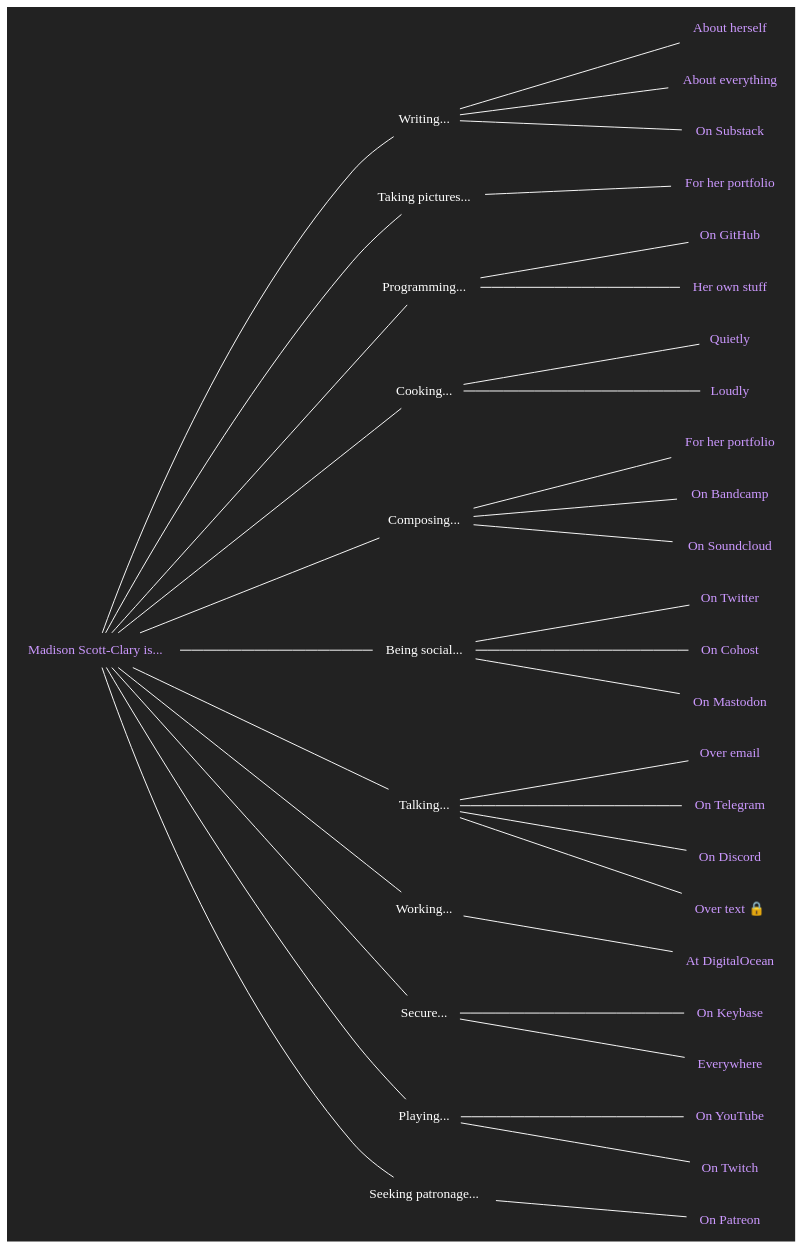
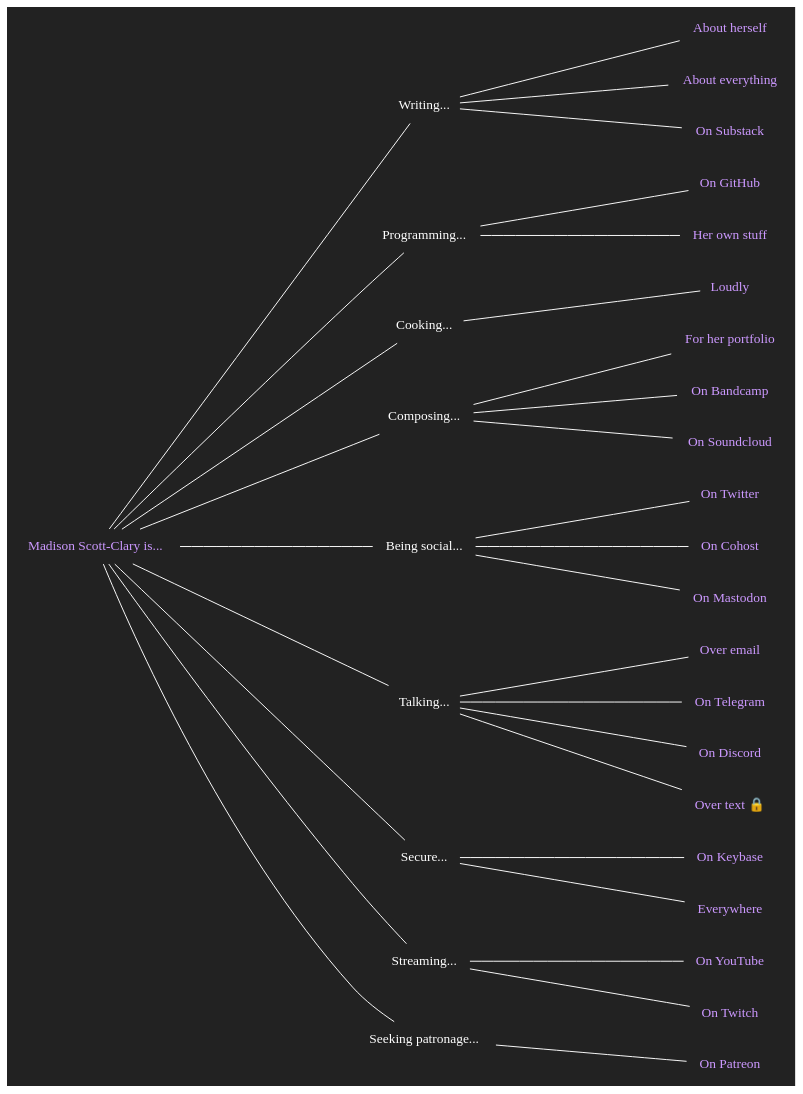
One commit to makyo/makyo.is changed the diagram in is.dot. Above: the diagram before and after it, drawn with Graphviz. The commit also changed 4 other files, not shown here.

```diff
--- a/is.dot
+++ b/is.dot
@@ -1,74 +1,73 @@
 graph is {
     node[shape="none",fontcolor="#ffffff",color="#ffffff",fontname="Helvetica bold"]
     edge[color="#ffffff"]
     graph[bgcolor="#222222",label="",margin="0",rankdir="LR",ranksep=2.5]
 
     copula [label="Madison Scott-Clary is...",fontcolor="#cc99ff",href="https://drab-makyo.com"]
 
     writing [label="Writing..."]
     /* writing_anything [label="Anything",fontcolor="#cc99ff",href="https://writing.drab-makyo.com"] 
      */
     writing_ally [label="About herself",fontcolor="#cc99ff",href="https://ally.id"]
     writing_portfolio [label="About everything",fontcolor="#cc99ff",href="https://makyo.ink"]
     writing_substack [label="On Substack",fontcolor="#cc99ff",href="https://makyo.substack.com"]
     copula -- writing -- { /* writing_anything, */ writing_ally, writing_portfolio, writing_substack }
 
-    photography [label="Taking pictures..."]
-    /* photography_flickr [label="On Flickr",fontcolor="#cc99ff",href="https://flickr.com/photos/ranna"]
-     */
+    /*photography [label="Taking pictures..."]
+    photography_flickr [label="On Flickr",fontcolor="#cc99ff",href="https://flickr.com/photos/ranna"]
     photography_portfolio [label="For her portfolio",fontcolor="#cc99ff",href="https://makyo.photography"]
-    copula -- photography -- { /*photography_flickr,*/ photography_portfolio }
+    copula -- photography -- { photography_flickr, photography_portfolio }*/
 
     programming [label="Programming..."]
     programming_github [label="On GitHub",fontcolor="#cc99ff",href="https://github.com/makyo"]
     /* programming_launchpad [label="On Launchpad",fontcolor="#cc99ff",href="https://launchpad.net/~makyo"]
      */
     programming_personal [label="Her own stuff",fontcolor="#cc99ff",href="https://makyo.dev"]
     copula -- programming -- { programming_github, /*programming_launchpad,*/ programming_personal }
 
     cooking [label="Cooking..."]
-    cooking_quietly [label="Quietly",fontcolor="#cc99ff",href="https://makyo.cooking"]
-    cooking_loudly [label="Loudly",fontcolor="#cc99ff",href="https://mealtime.with.maddypa.ws"]
-    copula -- cooking -- { cooking_quietly, cooking_loudly }
+    /*cooking_quietly [label="Quietly",fontcolor="#cc99ff",href="https://makyo.cooking"]
+     */
+    cooking_loudly [label="Loudly",fontcolor="#cc99ff",href="https://twitter.com/loudfood"]
+    copula -- cooking -- { /*cooking_quietly,*/ cooking_loudly }
 
     composing [label="Composing..."]
     composing_portfolio [label="For her portfolio",fontcolor="#cc99ff",href="https://sounds.drab-makyo.com"]
     composing_bandcamp [label="On Bandcamp",fontcolor="#cc99ff",href="https://drab-makyo.bandcamp.com"]
     composing_soundcloud [label="On Soundcloud",fontcolor="#cc99ff",href="https://soundcloud.com/drabmakyo"]
     copula -- composing -- { composing_portfolio, composing_bandcamp, composing_soundcloud }
 
     social [label="Being social..."]
     social_twitter [label="On Twitter",fontcolor="#cc99ff",href="https://twitter.com/makyo_writes"]
     social_cohost [label="On Cohost",fontcolor="#cc99ff",href="https://cohost.org/makyo"]
     social_mastodon [label="On Mastodon",fontcolor="#cc99ff",href="https://writing.exchange/@makyo"]
     copula -- social -- { social_twitter, social_mastodon, social_cohost }
 
     talking [label="Talking..."]
     talking_email [label="Over email",fontcolor="#cc99ff",href="mailto:makyo@drab-makyo.com"]
     talking_telegram [label="On Telegram",fontcolor="#cc99ff",href="https://t.me/DrabMakyo"]
-    talking_discord [label="On Discord",fontcolor="#cc99ff",href="/discord",title="Makyo#7093"]
+    talking_discord [label="On Discord",fontcolor="#cc99ff",href="https://discord.com/users/Makyo#7093",title="Makyo#7093"]
     /*talking_matrix [label="On Matrix",fontcolor="#cc99ff",href="https://matrix.to/#/@makyo:drab-makyo.com"]
     talking_wire [label="On Wire",fontcolor="#cc99ff",href="/wire",title="@makyo"]*/
     talking_phone [label="Over text 🔒 ",fontcolor="#cc99ff",href="tel:3038185943"]
     copula -- talking -- { talking_email, talking_telegram, talking_discord, talking_phone /*, talking_matrix, talking_wire*/ }
 
-    working [label="Working..."]
+    /*working [label="Working..."]
     working_digitalocean [label="At DigitalOcean",fontcolor="#cc99ff",href="https://digitalocean.com"]
-    /* working_hybrid [label="At Hybrid Ink, LLC",fontcolor="#cc99ff",href="https://hybrid.ink"] 
-     */
-    copula -- working -- { /*working_hybrid, */ working_digitalocean }
+    working_hybrid [label="At Hybrid Ink, LLC",fontcolor="#cc99ff",href="https://hybrid.ink"] 
+    copula -- working -- { working_hybrid, working_digitalocean }*/
 
     secure [label="Secure..."]
     secure_keybase [label="On Keybase",fontcolor="#cc99ff",href="https://keybase.io/makyo"]
     secure_everywhere [label="Everywhere",fontcolor="#cc99ff",href="https://drab-makyo.com/pgp"]
     copula -- secure -- { secure_everywhere, secure_keybase }
 
-    playing [label="Playing..."]
+    playing [label="Streaming..."]
     playing_youtube [label="On YouTube",fontcolor="#cc99ff",href="https://www.youtube.com/@ephahvix"]
     playing_twitch [label="On Twitch",fontcolor="#cc99ff",href="https://twitch.tv/ephahvix"]
     copula -- playing -- { playing_youtube, playing_twitch }
 
     patron [label="Seeking patronage..."]
     patron_patreon [label="On Patreon",fontcolor="#cc99ff",href="https://patreon.com/makyo"]
     copula -- patron -- { patron_patreon }
 }
```
